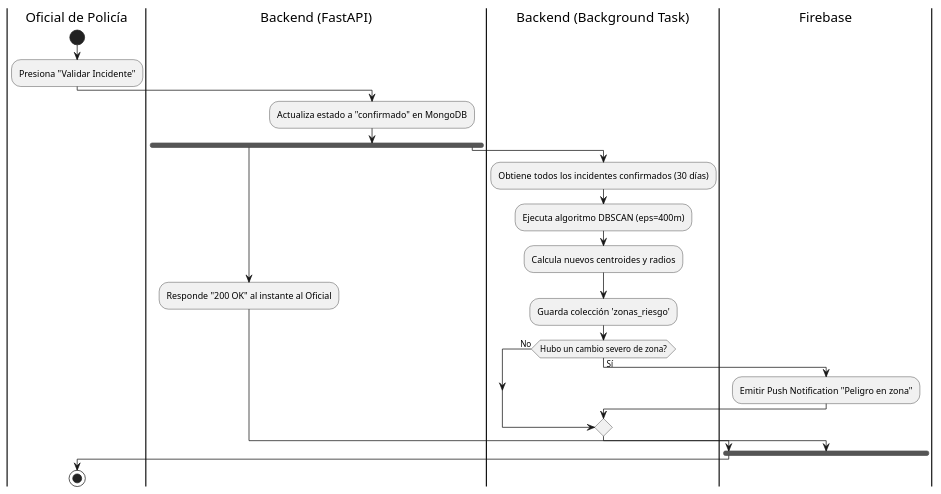
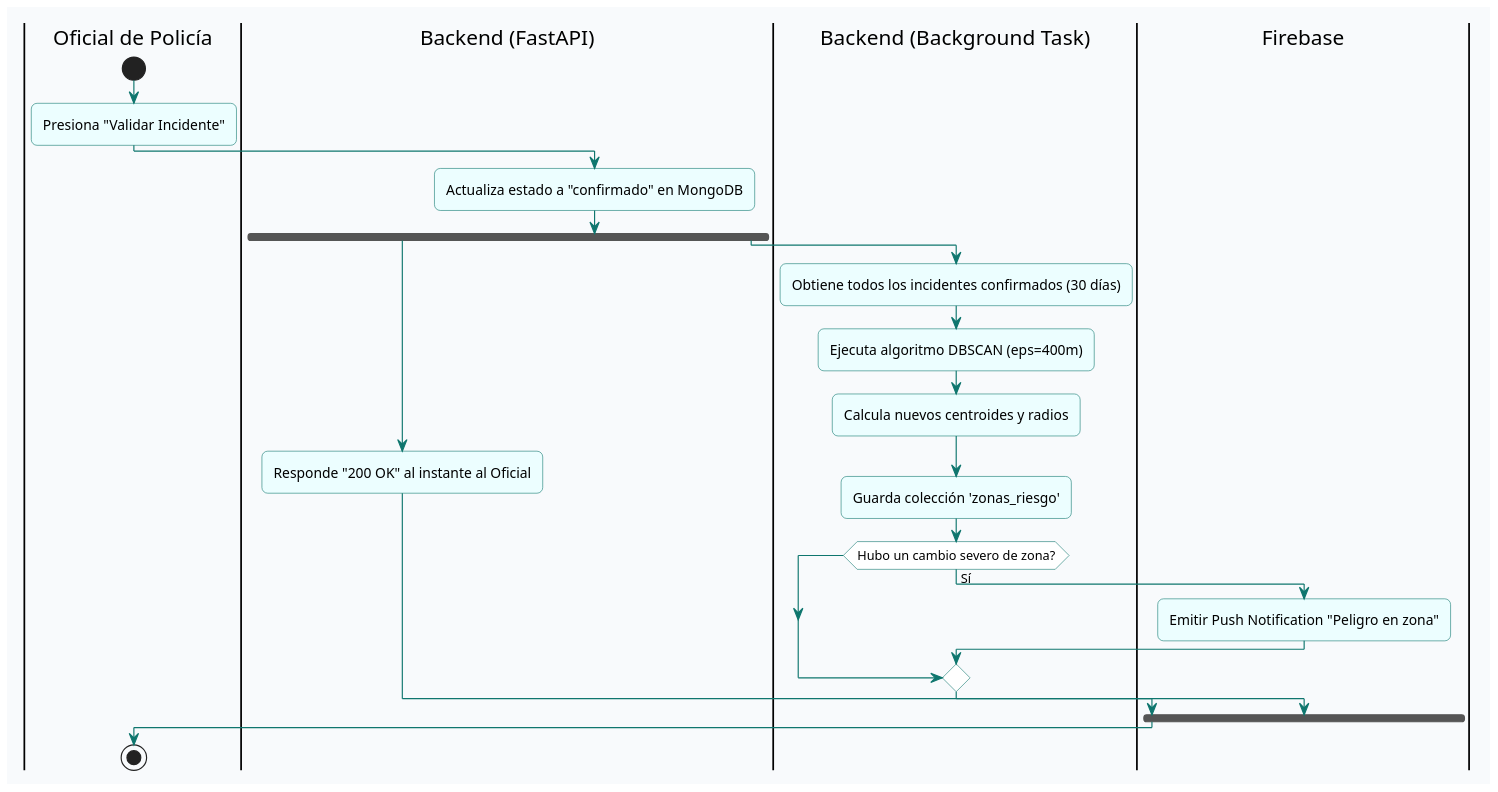
The fifth of 6 diagrams in docs/FD04-EPIS-Informe SAD de Proyecto.md (pieroalexanderppc/sgeo_pp), drawn with PlantUML before and after one commit. The commit also changed other lines of this file and 15 other files, not shown here.

````diff
--- a/docs/FD04-EPIS-Informe SAD de Proyecto.md
+++ b/docs/FD04-EPIS-Informe SAD de Proyecto.md
@@ -277,25 +321,35 @@
 ```plantuml
 @startuml
+skinparam shadowing false
+skinparam roundcorner 10
+skinparam dpi 150
+skinparam defaultFontName Segoe UI
+skinparam backgroundColor #F8FAFC
+skinparam ArrowColor #0F766E
+skinparam ActivityBackgroundColor #ECFEFF
+skinparam ActivityBorderColor #0F766E
+skinparam ActivityDiamondBackgroundColor #FFFFFF
+skinparam ActivityDiamondBorderColor #0F766E
+
 |Oficial de Policía|
 start
 :Presiona "Validar Incidente";
 |Backend (FastAPI)|
 :Actualiza estado a "confirmado" en MongoDB;
 fork
   :Responde "200 OK" al instante al Oficial;
 fork again
   |Backend (Background Task)|
   :Obtiene todos los incidentes confirmados (30 días);
   :Ejecuta algoritmo DBSCAN (eps=400m);
   :Calcula nuevos centroides y radios;
   :Guarda colección 'zonas_riesgo';
   if (Hubo un cambio severo de zona?) then (Sí)
     |Firebase|
     :Emitir Push Notification "Peligro en zona";
-  else (No)
   endif
 end fork
 |Oficial de Policía|
 stop
 @enduml
 ```
````
